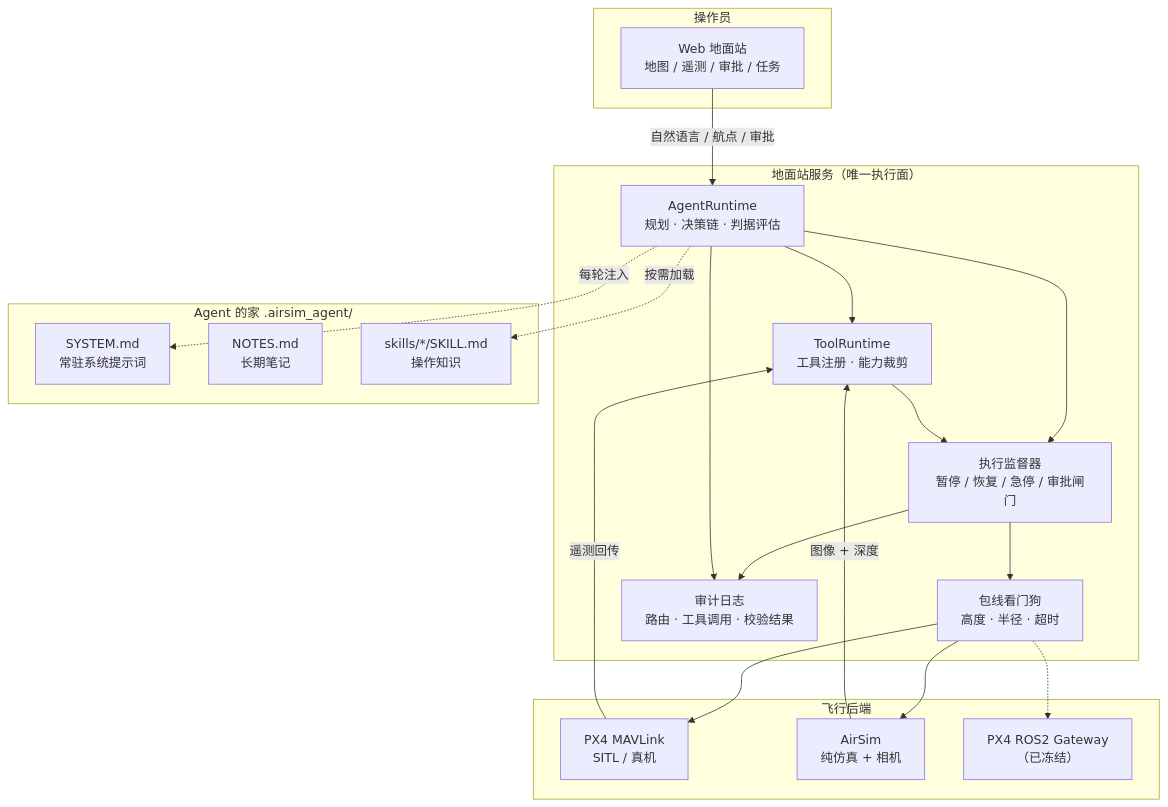
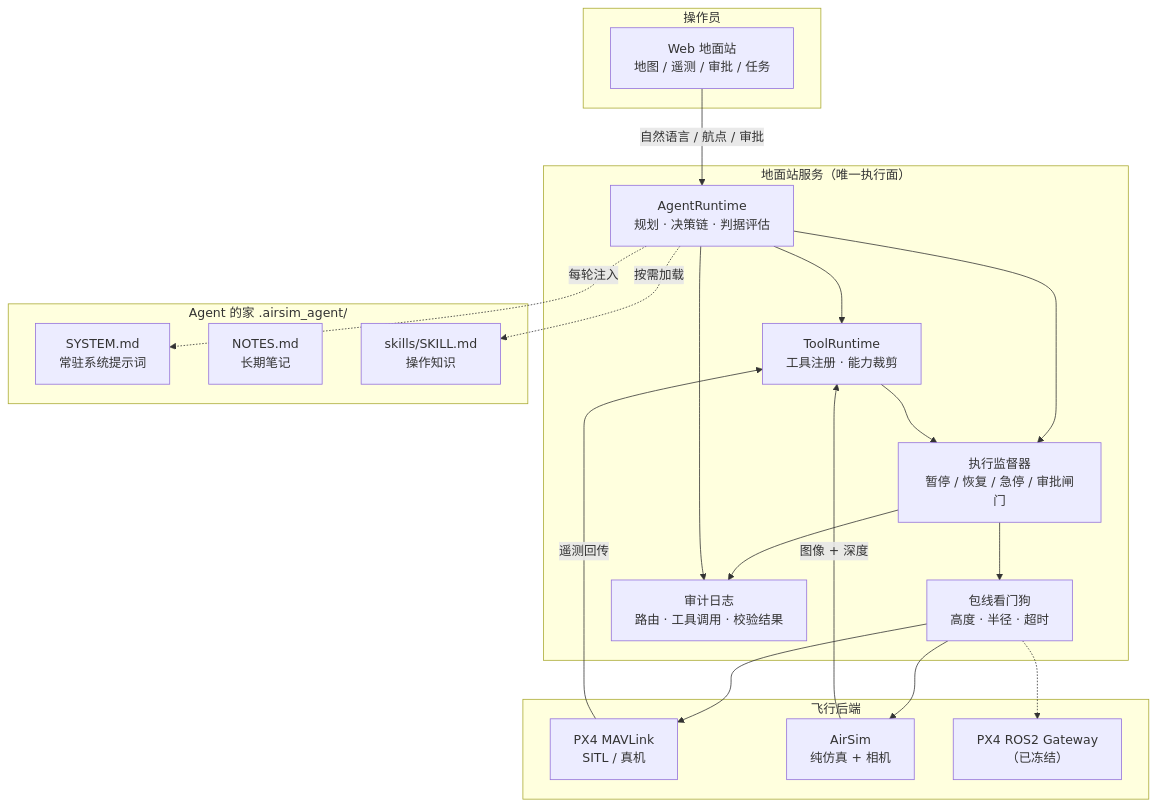
Before and after one commit to Yookio-Z/Airsim-Agent: the diagram in README.md, drawn with Mermaid. The commit also changed other lines of this file, not shown here.

Commit message:
docs(readme): 修正语言切换锚点，简化 mermaid 节点标签

````diff
--- a/README.md
+++ b/README.md
@@ -103,41 +103,41 @@
 ```mermaid
 flowchart TB
     subgraph OP["操作员"]
         UI["Web 地面站<br/>地图 / 遥测 / 审批 / 任务"]
     end
 
     subgraph GCS["地面站服务（唯一执行面）"]
         AG["AgentRuntime<br/>规划 · 决策链 · 判据评估"]
         TR["ToolRuntime<br/>工具注册 · 能力裁剪"]
         SUP["执行监督器<br/>暂停 / 恢复 / 急停 / 审批闸门"]
         WDG["包线看门狗<br/>高度 · 半径 · 超时"]
         AUD["审计日志<br/>路由 · 工具调用 · 校验结果"]
     end
 
     subgraph SRC["Agent 的家 .airsim_agent/"]
         SYS["SYSTEM.md<br/>常驻系统提示词"]
         NOTE["NOTES.md<br/>长期笔记"]
-        SK["skills/*/SKILL.md<br/>操作知识"]
+        SK["skills/SKILL.md<br/>操作知识"]
     end
 
     subgraph DEV["飞行后端"]
         PX4["PX4 MAVLink<br/>SITL / 真机"]
         AS["AirSim<br/>纯仿真 + 相机"]
         ROS["PX4 ROS2 Gateway<br/>（已冻结）"]
     end
 
     UI -->|自然语言 / 航点 / 审批| AG
     AG --> TR
     AG --> SUP
     TR --> SUP
     SUP --> WDG
     WDG --> PX4
     WDG --> AS
     WDG -.-> ROS
     AG -.->|每轮注入| SYS
     AG -.->|按需加载| SK
     SUP --> AUD
     AG --> AUD
     PX4 -->|遥测回传| TR
     AS -->|图像 + 深度| TR
 ```
````
